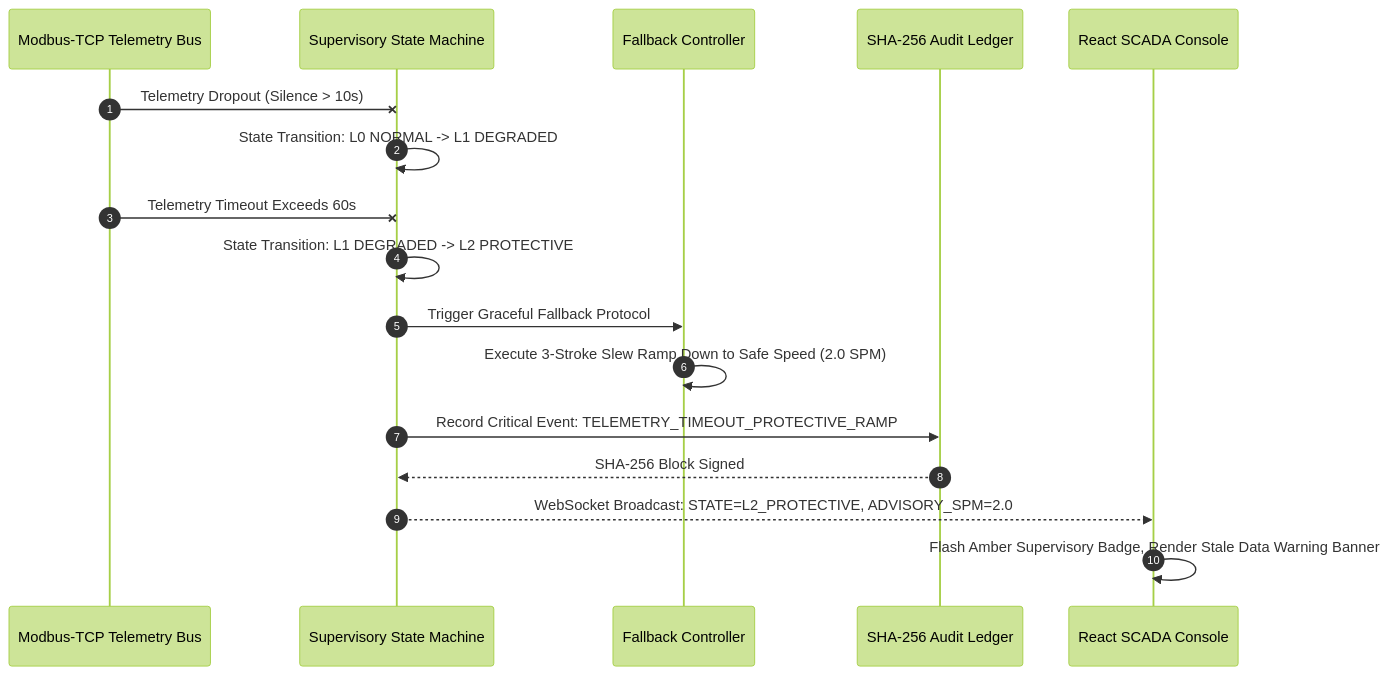
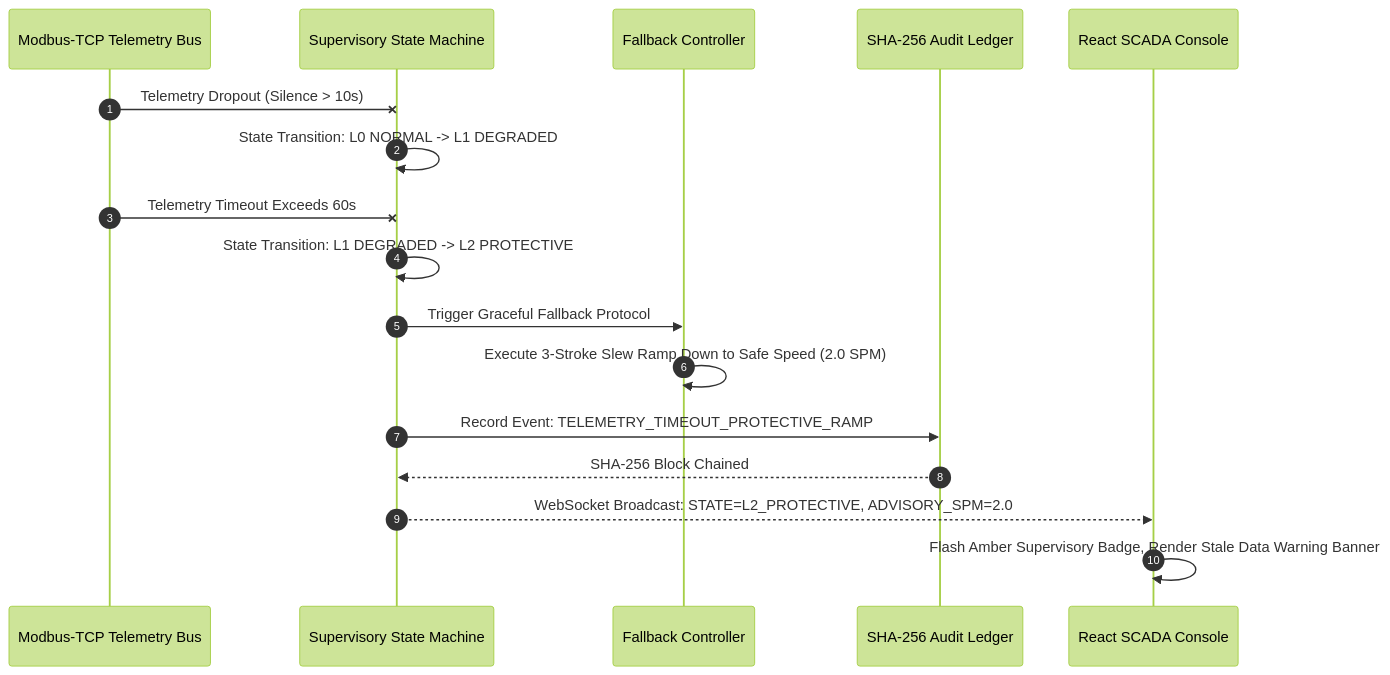
The second of 2 diagrams in DK PROJECT CHENNAI.md (DKtech-dev/vectrosync), drawn with Mermaid (forest theme) before and after one commit. The commit also changed other lines of this file and 11 other files, not shown here.

````diff
--- a/DK PROJECT CHENNAI.md
+++ b/DK PROJECT CHENNAI.md
@@ -456,20 +442,20 @@
 ```mermaid
 sequenceDiagram
     autonumber
     participant Bus as Modbus-TCP Telemetry Bus
     participant Failsafe as Supervisory State Machine
     participant Governor as Fallback Controller
     participant Audit as SHA-256 Audit Ledger
     participant UI as React SCADA Console
 
     Bus-x Failsafe: Telemetry Dropout (Silence > 10s)
     Failsafe->>Failsafe: State Transition: L0 NORMAL -> L1 DEGRADED
     Bus-x Failsafe: Telemetry Timeout Exceeds 60s
     Failsafe->>Failsafe: State Transition: L1 DEGRADED -> L2 PROTECTIVE
     Failsafe->>Governor: Trigger Graceful Fallback Protocol
     Governor->>Governor: Execute 3-Stroke Slew Ramp Down to Safe Speed (2.0 SPM)
-    Failsafe->>Audit: Record Critical Event: TELEMETRY_TIMEOUT_PROTECTIVE_RAMP
-    Audit-->>Failsafe: SHA-256 Block Signed
+    Failsafe->>Audit: Record Event: TELEMETRY_TIMEOUT_PROTECTIVE_RAMP
+    Audit-->>Failsafe: SHA-256 Block Chained
     Failsafe-->>UI: WebSocket Broadcast: STATE=L2_PROTECTIVE, ADVISORY_SPM=2.0
     UI->>UI: Flash Amber Supervisory Badge, Render Stale Data Warning Banner
 ```
````
